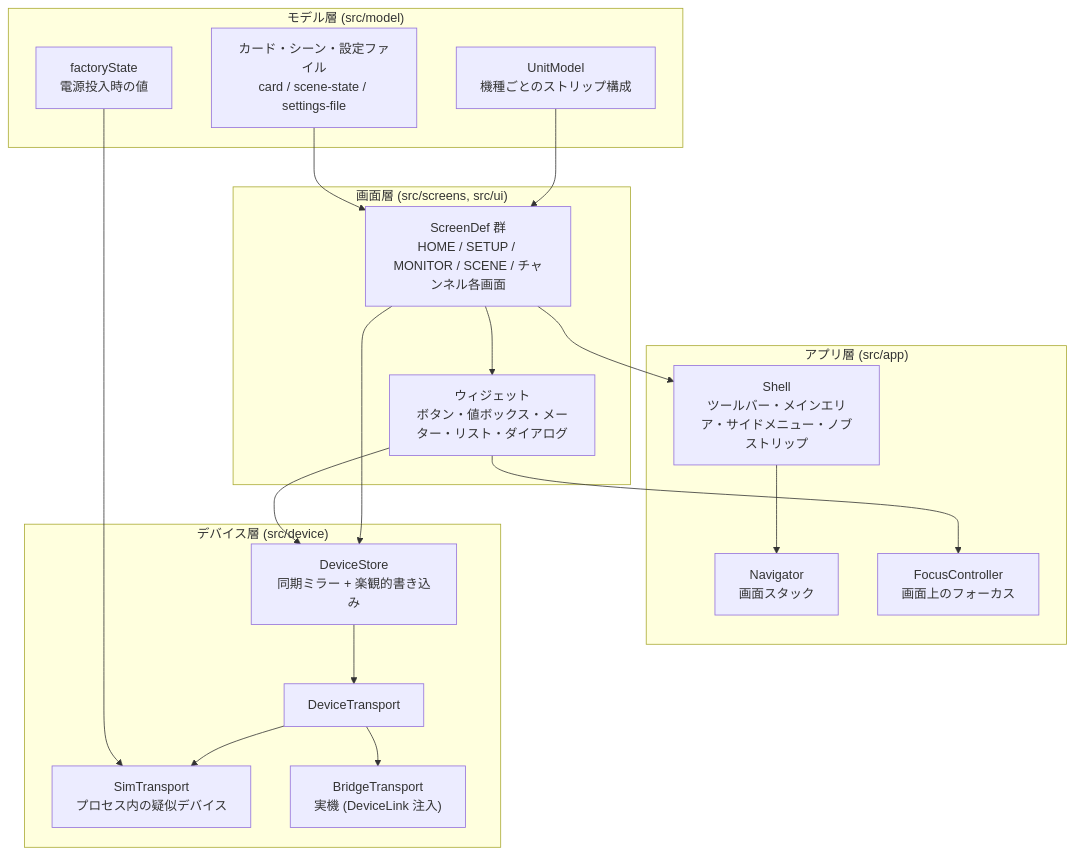
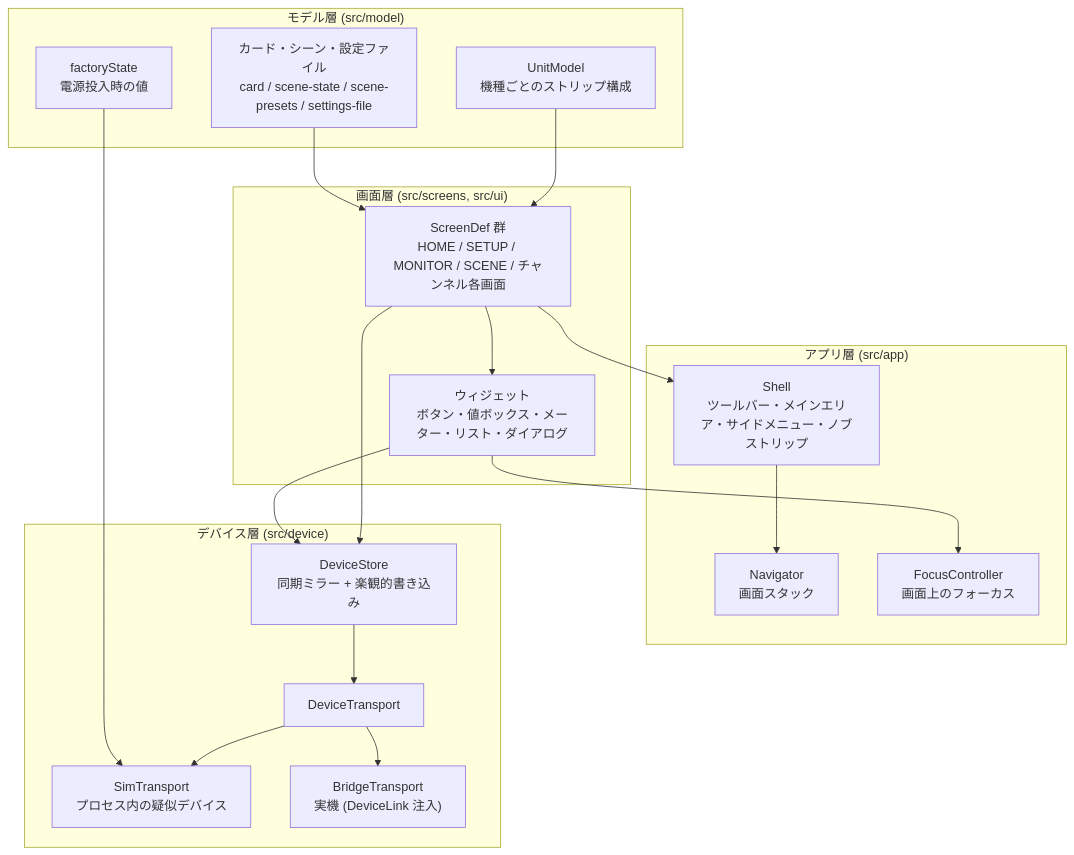
The first of 2 diagrams in docs/ja/architecture.md (semnil/urx-lcd-sim), drawn with Mermaid before and after one commit. The commit also changed 1 other file, not shown here.

Commit message:
Name scene-presets among the scene modules in the architecture diagram

````diff
--- a/docs/ja/architecture.md
+++ b/docs/ja/architecture.md
@@ -10,36 +10,36 @@
 ```mermaid
 flowchart TB
   subgraph ui["画面層 (src/screens, src/ui)"]
     S["ScreenDef 群<br/>HOME / SETUP / MONITOR / SCENE / チャンネル各画面"]
     W["ウィジェット<br/>ボタン・値ボックス・メーター・リスト・ダイアログ"]
   end
   subgraph app["アプリ層 (src/app)"]
     SH["Shell<br/>ツールバー・メインエリア・サイドメニュー・ノブストリップ"]
     NV["Navigator<br/>画面スタック"]
     FC["FocusController<br/>画面上のフォーカス"]
   end
   subgraph model["モデル層 (src/model)"]
     UM["UnitModel<br/>機種ごとのストリップ構成"]
     DF["factoryState<br/>電源投入時の値"]
-    CD["カード・シーン・設定ファイル<br/>card / scene-state / settings-file"]
+    CD["カード・シーン・設定ファイル<br/>card / scene-state / scene-presets / settings-file"]
   end
   subgraph dev["デバイス層 (src/device)"]
     ST["DeviceStore<br/>同期ミラー + 楽観的書き込み"]
     TR["DeviceTransport"]
     SIM["SimTransport<br/>プロセス内の疑似デバイス"]
     BR["BridgeTransport<br/>実機 (DeviceLink 注入)"]
   end
 
   S --> W
   S --> SH
   SH --> NV
   W --> FC
   S --> ST
   W --> ST
   ST --> TR
   TR --> SIM
   TR --> BR
   UM --> S
   DF --> SIM
   CD --> S
 ```
````
